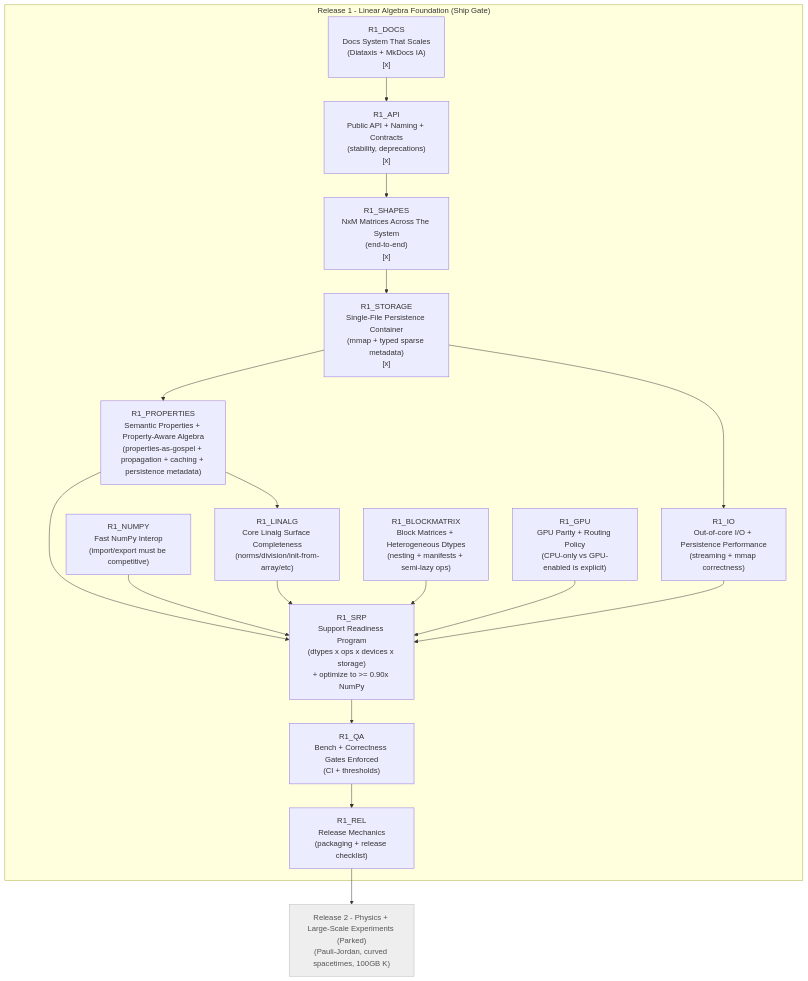
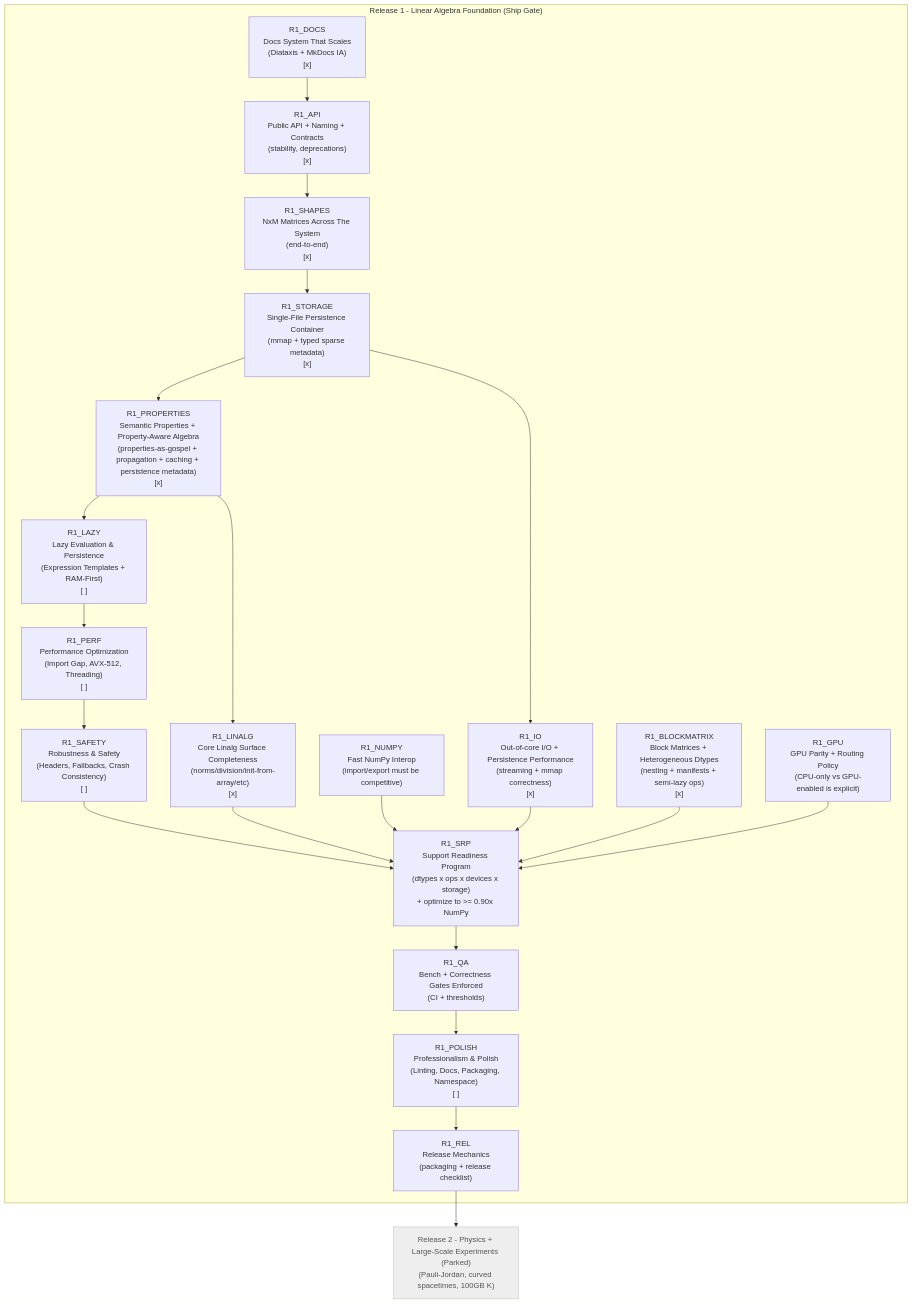
One commit to BrorH/pycauset changed the diagram in documentation/internals/plans/TODO.md. Above: the diagram before and after it, drawn with Mermaid. The commit also changed other lines of this file and 115 other files, not shown here.

````diff
--- a/documentation/internals/plans/TODO.md
+++ b/documentation/internals/plans/TODO.md
@@ -85,43 +89,47 @@
 ```mermaid
 flowchart TD
     %% Canonical roadmap: node IDs are stable.
     %% Release 1 is the main path; Release 2 (physics) is intentionally parked.
 
     subgraph R1["Release 1 - Linear Algebra Foundation (Ship Gate)"]
         R1_DOCS["R1_DOCS<br/>Docs System That Scales<br/>(Diataxis + MkDocs IA)<br/>[x]"]
         R1_API["R1_API<br/>Public API + Naming + Contracts<br/>(stability, deprecations)<br/>[x]"]
         R1_SHAPES["R1_SHAPES<br/>NxM Matrices Across The System<br/>(end-to-end)<br/>[x]"]
         R1_STORAGE["R1_STORAGE<br/>Single-File Persistence Container<br/>(mmap + typed sparse metadata)<br/>[x]"]
-        R1_PROPERTIES["R1_PROPERTIES<br/>Semantic Properties + Property-Aware Algebra<br/>(properties-as-gospel + propagation + caching + persistence metadata)"]
+        R1_PROPERTIES["R1_PROPERTIES<br/>Semantic Properties + Property-Aware Algebra<br/>(properties-as-gospel + propagation + caching + persistence metadata)<br/>[x]"]
+        R1_LAZY["R1_LAZY<br/>Lazy Evaluation & Persistence<br/>(Expression Templates + RAM-First)<br/>[ ]"]
+        R1_PERF["R1_PERF<br/>Performance Optimization<br/>(Import Gap, AVX-512, Threading)<br/>[ ]"]
+        R1_SAFETY["R1_SAFETY<br/>Robustness & Safety<br/>(Headers, Fallbacks, Crash Consistency)<br/>[ ]"]
         R1_SRP["R1_SRP<br/>Support Readiness Program<br/>(dtypes x ops x devices x storage)<br/>+ optimize to >= 0.90x NumPy"]
-        R1_IO["R1_IO<br/>Out-of-core I/O + Persistence Performance<br/>(streaming + mmap correctness)"]
+        R1_IO["R1_IO<br/>Out-of-core I/O + Persistence Performance<br/>(streaming + mmap correctness)<br/>[x]"]
         R1_NUMPY["R1_NUMPY<br/>Fast NumPy Interop<br/>(import/export must be competitive)"]
-        R1_LINALG["R1_LINALG<br/>Core Linalg Surface Completeness<br/>(norms/division/init-from-array/etc)"]
-        R1_BLOCKMATRIX["R1_BLOCKMATRIX<br/>Block Matrices + Heterogeneous Dtypes<br/>(nesting + manifests + semi-lazy ops)"]
+        R1_LINALG["R1_LINALG<br/>Core Linalg Surface Completeness<br/>(norms/division/init-from-array/etc)<br/>[x]"]
+        R1_BLOCKMATRIX["R1_BLOCKMATRIX<br/>Block Matrices + Heterogeneous Dtypes<br/>(nesting + manifests + semi-lazy ops)<br/>[x]"]
         R1_GPU["R1_GPU<br/>GPU Parity + Routing Policy<br/>(CPU-only vs GPU-enabled is explicit)"]
         R1_QA["R1_QA<br/>Bench + Correctness Gates Enforced<br/>(CI + thresholds)"]
+        R1_POLISH["R1_POLISH<br/>Professionalism & Polish<br/>(Linting, Docs, Packaging, Namespace)<br/>[ ]"]
         R1_REL["R1_REL<br/>Release Mechanics<br/>(packaging + release checklist)"]
     end
 
     %% Main dependency chain (the path)
-    R1_DOCS --> R1_API --> R1_SHAPES --> R1_STORAGE --> R1_PROPERTIES --> R1_SRP --> R1_QA --> R1_REL
+    R1_DOCS --> R1_API --> R1_SHAPES --> R1_STORAGE --> R1_PROPERTIES --> R1_LAZY --> R1_PERF --> R1_SAFETY --> R1_SRP --> R1_QA --> R1_POLISH --> R1_REL
 
     %% Parallel prerequisites feeding SRP/QA
     R1_IO --> R1_SRP
     R1_NUMPY --> R1_SRP
     R1_LINALG --> R1_SRP
     R1_BLOCKMATRIX --> R1_SRP
     R1_GPU --> R1_SRP
 
     %% Storage also feeds IO directly
     R1_STORAGE --> R1_IO
 
     %% Properties feed linalg correctness/dispatch (and therefore SRP)
     R1_PROPERTIES --> R1_LINALG
 
     %% Post-R1: physics release parked (not detailed here)
     R2_PHYS["Release 2 - Physics + Large-Scale Experiments (Parked)<br/>(Pauli-Jordan, curved spacetimes, 100GB K)"]:::parked
     R1_REL --> R2_PHYS
 
     classDef parked fill:#eee,stroke:#bbb,color:#555
 ```
````
